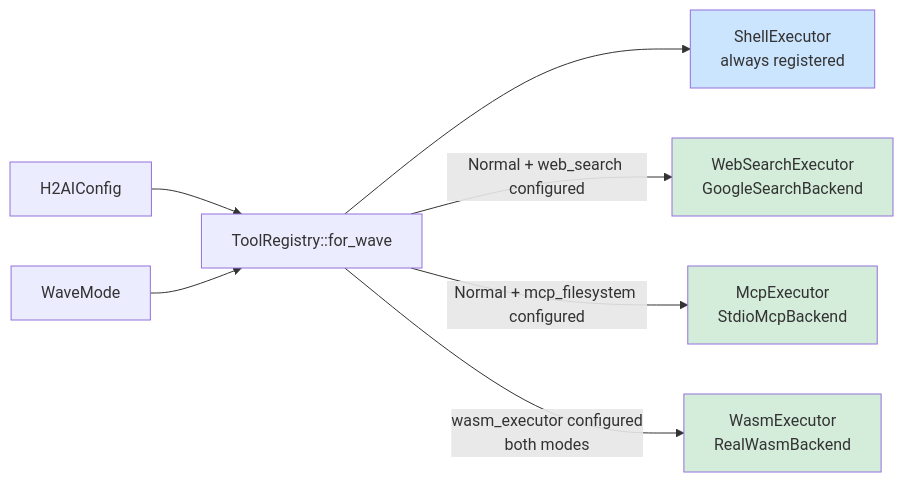
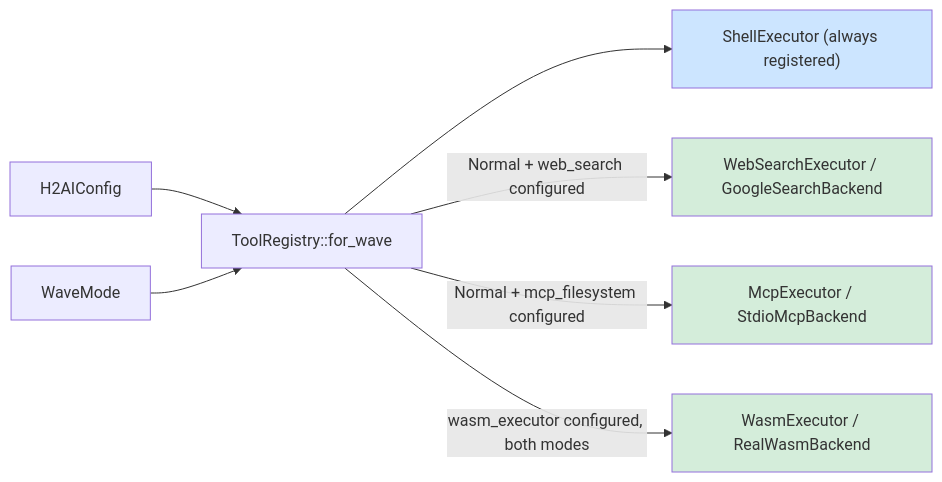
The ninth of 16 diagrams in docs/architecture/architecture.md (immediatus/h2ai-control-plane), drawn with Mermaid before and after one commit. The commit also changed other lines of this file and 3 other files, not shown here.

````diff
--- a/docs/architecture/architecture.md
+++ b/docs/architecture/architecture.md
@@ -434,14 +435,14 @@
 ```mermaid
 flowchart LR
     cfg[H2AIConfig] --> reg[ToolRegistry::for_wave]
     wm[WaveMode] --> reg
-    reg --> shell[ShellExecutor\nalways registered]
-    reg -->|Normal + web_search configured| ws[WebSearchExecutor\nGoogleSearchBackend]
-    reg -->|Normal + mcp_filesystem configured| mcp[McpExecutor\nStdioMcpBackend]
-    reg -->|wasm_executor configured\nboth modes| wasm[WasmExecutor\nRealWasmBackend]
+    reg --> shell["ShellExecutor (always registered)"]
+    reg -->|"Normal + web_search configured"| ws["WebSearchExecutor / GoogleSearchBackend"]
+    reg -->|"Normal + mcp_filesystem configured"| mcp["McpExecutor / StdioMcpBackend"]
+    reg -->|"wasm_executor configured, both modes"| wasm["WasmExecutor / RealWasmBackend"]
 
     style ws fill:#d4edda
     style mcp fill:#d4edda
     style wasm fill:#d4edda
     style shell fill:#cce5ff
 ```
````
